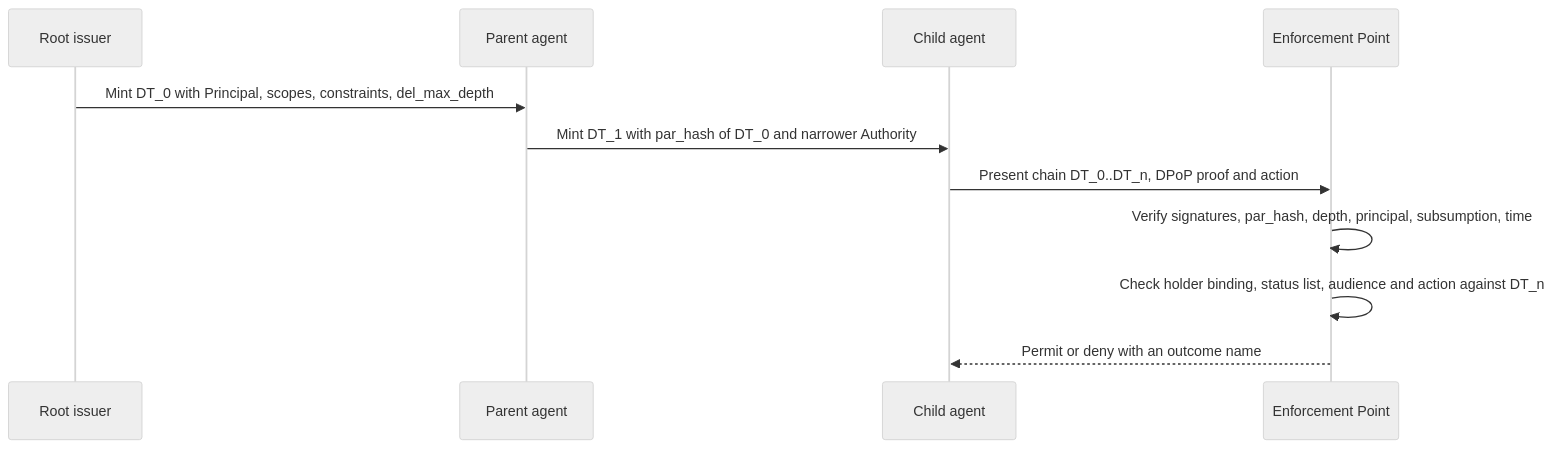
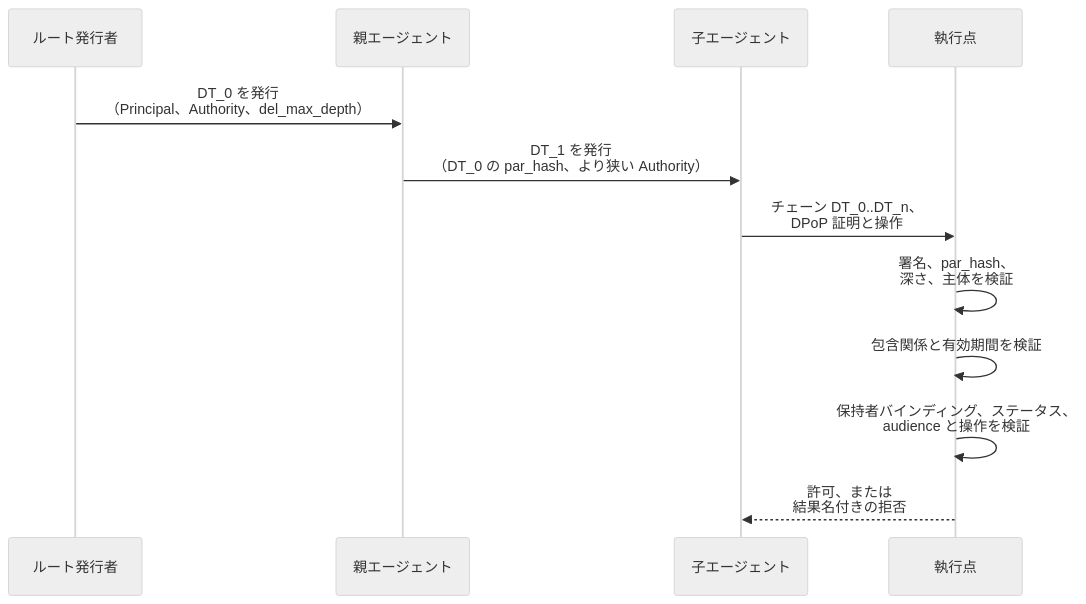
Before and after one commit to 0-draft/identity-deep-dive: the diagram in tracks/ietf-wimse/deep-dives/draft-asor-wimse-agent-delegation-chain/README.ja.md, drawn with Mermaid (neutral theme). The commit also changed 1 other file, not shown here.

Commit message:
docs(ietf-wimse): translate and narrow the asor delegation-chain diagram
The Japanese page showed English labels, and the self-message labels
made the diagram 1878px wide. Break long labels and translate the
Japanese participants and messages.

````diff
--- a/tracks/ietf-wimse/deep-dives/draft-asor-wimse-agent-delegation-chain/README.ja.md
+++ b/tracks/ietf-wimse/deep-dives/draft-asor-wimse-agent-delegation-chain/README.ja.md
@@ -11,13 +11,14 @@
 ```mermaid
 sequenceDiagram
-    participant R as Root issuer
-    participant P as Parent agent
-    participant C as Child agent
-    participant E as Enforcement Point
-    R->>P: Mint DT_0 with Principal, scopes, constraints, del_max_depth
-    P->>C: Mint DT_1 with par_hash of DT_0 and narrower Authority
-    C->>E: Present chain DT_0..DT_n, DPoP proof and action
-    E->>E: Verify signatures, par_hash, depth, principal, subsumption, time
-    E->>E: Check holder binding, status list, audience and action against DT_n
-    E-->>C: Permit or deny with an outcome name
+    participant R as ルート発行者
+    participant P as 親エージェント
+    participant C as 子エージェント
+    participant E as 執行点
+    R->>P: DT_0 を発行<br/>（Principal、Authority、del_max_depth）
+    P->>C: DT_1 を発行<br/>（DT_0 の par_hash、より狭い Authority）
+    C->>E: チェーン DT_0..DT_n、<br/>DPoP 証明と操作
+    E->>E: 署名、par_hash、<br/>深さ、主体を検証
+    E->>E: 包含関係と有効期間を検証
+    E->>E: 保持者バインディング、ステータス、<br/>audience と操作を検証
+    E-->>C: 許可、または<br/>結果名付きの拒否
 ```
````
